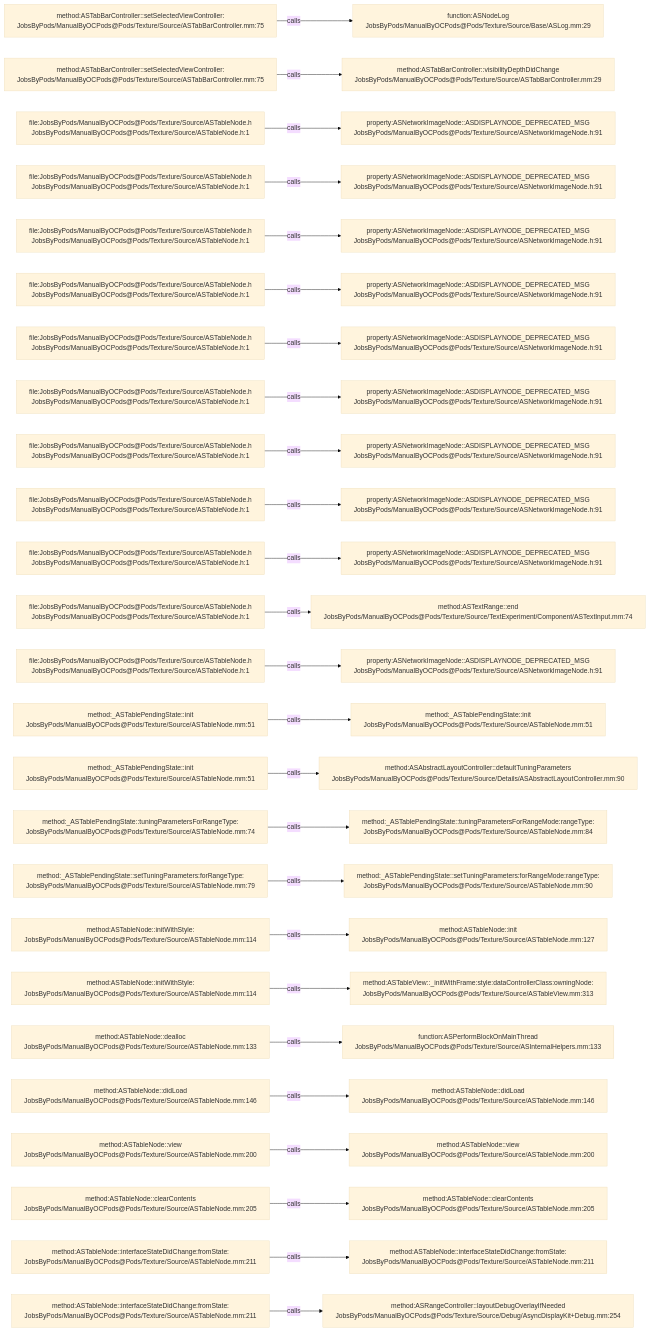
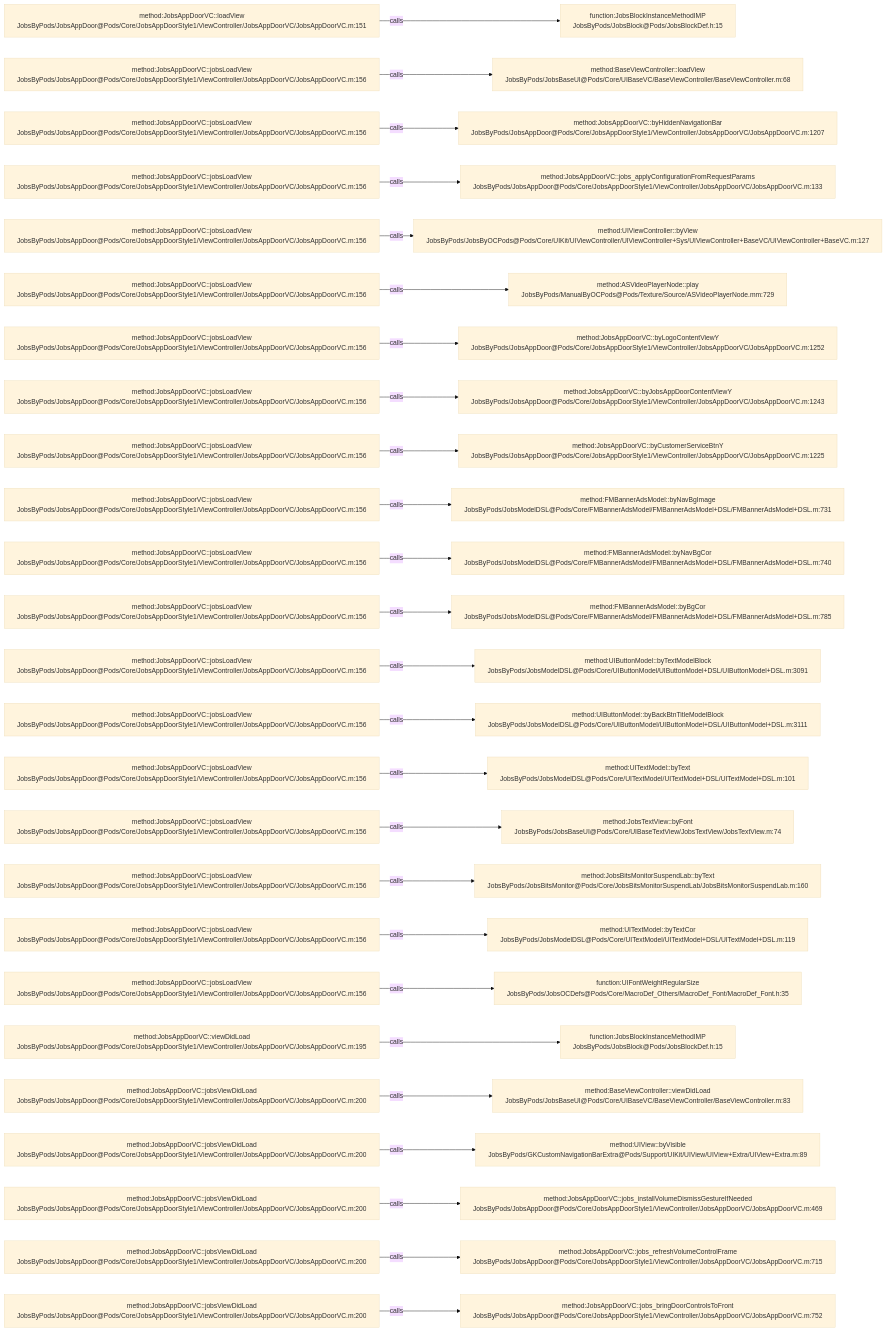
The diagram in .codegraph/codegraph.md/graphs/calls-107.md (JobsKits/JobsOCBaseConfigDemo), drawn with Mermaid (base theme) before and after one commit. The commit also changed 768 other files, not shown here.

````diff
--- a/.codegraph/codegraph.md/graphs/calls-107.md
+++ b/.codegraph/codegraph.md/graphs/calls-107.md
@@ -13,78 +13,78 @@
 ```mermaid
 flowchart LR
-  S1["method:ASTabBarController::setSelectedViewController:<br/>JobsByPods/ManualByOCPods@Pods/Texture/Source/ASTabBarController.mm:75"]
-  T1["function:ASNodeLog<br/>JobsByPods/ManualByOCPods@Pods/Texture/Source/Base/ASLog.mm:29"]
+  S1["method:JobsAppDoorVC::loadView<br/>JobsByPods/JobsAppDoor@Pods/Core/JobsAppDoorStyle1/ViewController/JobsAppDoorVC/JobsAppDoorVC.m:151"]
+  T1["function:JobsBlockInstanceMethodIMP<br/>JobsByPods/JobsBlock@Pods/JobsBlockDef.h:15"]
   S1 -->|calls| T1
-  S2["method:ASTabBarController::setSelectedViewController:<br/>JobsByPods/ManualByOCPods@Pods/Texture/Source/ASTabBarController.mm:75"]
-  T2["method:ASTabBarController::visibilityDepthDidChange<br/>JobsByPods/ManualByOCPods@Pods/Texture/Source/ASTabBarController.mm:29"]
+  S2["method:JobsAppDoorVC::jobsLoadView<br/>JobsByPods/JobsAppDoor@Pods/Core/JobsAppDoorStyle1/ViewController/JobsAppDoorVC/JobsAppDoorVC.m:156"]
+  T2["method:BaseViewController::loadView<br/>JobsByPods/JobsBaseUI@Pods/Core/UIBaseVC/BaseViewController/BaseViewController.m:68"]
   S2 -->|calls| T2
-  S3["file:JobsByPods/ManualByOCPods@Pods/Texture/Source/ASTableNode.h<br/>JobsByPods/ManualByOCPods@Pods/Texture/Source/ASTableNode.h:1"]
-  T3["property:ASNetworkImageNode::ASDISPLAYNODE_DEPRECATED_MSG<br/>JobsByPods/ManualByOCPods@Pods/Texture/Source/ASNetworkImageNode.h:91"]
+  S3["method:JobsAppDoorVC::jobsLoadView<br/>JobsByPods/JobsAppDoor@Pods/Core/JobsAppDoorStyle1/ViewController/JobsAppDoorVC/JobsAppDoorVC.m:156"]
+  T3["method:JobsAppDoorVC::byHiddenNavigationBar<br/>JobsByPods/JobsAppDoor@Pods/Core/JobsAppDoorStyle1/ViewController/JobsAppDoorVC/JobsAppDoorVC.m:1207"]
   S3 -->|calls| T3
-  S4["file:JobsByPods/ManualByOCPods@Pods/Texture/Source/ASTableNode.h<br/>JobsByPods/ManualByOCPods@Pods/Texture/Source/ASTableNode.h:1"]
-  T4["property:ASNetworkImageNode::ASDISPLAYNODE_DEPRECATED_MSG<br/>JobsByPods/ManualByOCPods@Pods/Texture/Source/ASNetworkImageNode.h:91"]
+  S4["method:JobsAppDoorVC::jobsLoadView<br/>JobsByPods/JobsAppDoor@Pods/Core/JobsAppDoorStyle1/ViewController/JobsAppDoorVC/JobsAppDoorVC.m:156"]
+  T4["method:JobsAppDoorVC::jobs_applyConfigurationFromRequestParams<br/>JobsByPods/JobsAppDoor@Pods/Core/JobsAppDoorStyle1/ViewController/JobsAppDoorVC/JobsAppDoorVC.m:133"]
   S4 -->|calls| T4
-  S5["file:JobsByPods/ManualByOCPods@Pods/Texture/Source/ASTableNode.h<br/>JobsByPods/ManualByOCPods@Pods/Texture/Source/ASTableNode.h:1"]
-  T5["property:ASNetworkImageNode::ASDISPLAYNODE_DEPRECATED_MSG<br/>JobsByPods/ManualByOCPods@Pods/Texture/Source/ASNetworkImageNode.h:91"]
+  S5["method:JobsAppDoorVC::jobsLoadView<br/>JobsByPods/JobsAppDoor@Pods/Core/JobsAppDoorStyle1/ViewController/JobsAppDoorVC/JobsAppDoorVC.m:156"]
+  T5["method:UIViewController::byView<br/>JobsByPods/JobsByOCPods@Pods/Core/UIKit/UIViewController/UIViewController+Sys/UIViewController+BaseVC/UIViewController+BaseVC.m:127"]
   S5 -->|calls| T5
-  S6["file:JobsByPods/ManualByOCPods@Pods/Texture/Source/ASTableNode.h<br/>JobsByPods/ManualByOCPods@Pods/Texture/Source/ASTableNode.h:1"]
-  T6["property:ASNetworkImageNode::ASDISPLAYNODE_DEPRECATED_MSG<br/>JobsByPods/ManualByOCPods@Pods/Texture/Source/ASNetworkImageNode.h:91"]
+  S6["method:JobsAppDoorVC::jobsLoadView<br/>JobsByPods/JobsAppDoor@Pods/Core/JobsAppDoorStyle1/ViewController/JobsAppDoorVC/JobsAppDoorVC.m:156"]
+  T6["method:ASVideoPlayerNode::play<br/>JobsByPods/ManualByOCPods@Pods/Texture/Source/ASVideoPlayerNode.mm:729"]
   S6 -->|calls| T6
-  S7["file:JobsByPods/ManualByOCPods@Pods/Texture/Source/ASTableNode.h<br/>JobsByPods/ManualByOCPods@Pods/Texture/Source/ASTableNode.h:1"]
-  T7["property:ASNetworkImageNode::ASDISPLAYNODE_DEPRECATED_MSG<br/>JobsByPods/ManualByOCPods@Pods/Texture/Source/ASNetworkImageNode.h:91"]
+  S7["method:JobsAppDoorVC::jobsLoadView<br/>JobsByPods/JobsAppDoor@Pods/Core/JobsAppDoorStyle1/ViewController/JobsAppDoorVC/JobsAppDoorVC.m:156"]
+  T7["method:JobsAppDoorVC::byLogoContentViewY<br/>JobsByPods/JobsAppDoor@Pods/Core/JobsAppDoorStyle1/ViewController/JobsAppDoorVC/JobsAppDoorVC.m:1252"]
   S7 -->|calls| T7
-  S8["file:JobsByPods/ManualByOCPods@Pods/Texture/Source/ASTableNode.h<br/>JobsByPods/ManualByOCPods@Pods/Texture/Source/ASTableNode.h:1"]
-  T8["property:ASNetworkImageNode::ASDISPLAYNODE_DEPRECATED_MSG<br/>JobsByPods/ManualByOCPods@Pods/Texture/Source/ASNetworkImageNode.h:91"]
+  S8["method:JobsAppDoorVC::jobsLoadView<br/>JobsByPods/JobsAppDoor@Pods/Core/JobsAppDoorStyle1/ViewController/JobsAppDoorVC/JobsAppDoorVC.m:156"]
+  T8["method:JobsAppDoorVC::byJobsAppDoorContentViewY<br/>JobsByPods/JobsAppDoor@Pods/Core/JobsAppDoorStyle1/ViewController/JobsAppDoorVC/JobsAppDoorVC.m:1243"]
   S8 -->|calls| T8
-  S9["file:JobsByPods/ManualByOCPods@Pods/Texture/Source/ASTableNode.h<br/>JobsByPods/ManualByOCPods@Pods/Texture/Source/ASTableNode.h:1"]
-  T9["property:ASNetworkImageNode::ASDISPLAYNODE_DEPRECATED_MSG<br/>JobsByPods/ManualByOCPods@Pods/Texture/Source/ASNetworkImageNode.h:91"]
+  S9["method:JobsAppDoorVC::jobsLoadView<br/>JobsByPods/JobsAppDoor@Pods/Core/JobsAppDoorStyle1/ViewController/JobsAppDoorVC/JobsAppDoorVC.m:156"]
+  T9["method:JobsAppDoorVC::byCustomerServiceBtnY<br/>JobsByPods/JobsAppDoor@Pods/Core/JobsAppDoorStyle1/ViewController/JobsAppDoorVC/JobsAppDoorVC.m:1225"]
   S9 -->|calls| T9
-  S10["file:JobsByPods/ManualByOCPods@Pods/Texture/Source/ASTableNode.h<br/>JobsByPods/ManualByOCPods@Pods/Texture/Source/ASTableNode.h:1"]
-  T10["property:ASNetworkImageNode::ASDISPLAYNODE_DEPRECATED_MSG<br/>JobsByPods/ManualByOCPods@Pods/Texture/Source/ASNetworkImageNode.h:91"]
+  S10["method:JobsAppDoorVC::jobsLoadView<br/>JobsByPods/JobsAppDoor@Pods/Core/JobsAppDoorStyle1/ViewController/JobsAppDoorVC/JobsAppDoorVC.m:156"]
+  T10["method:FMBannerAdsModel::byNavBgImage<br/>JobsByPods/JobsModelDSL@Pods/Core/FMBannerAdsModel/FMBannerAdsModel+DSL/FMBannerAdsModel+DSL.m:731"]
   S10 -->|calls| T10
-  S11["file:JobsByPods/ManualByOCPods@Pods/Texture/Source/ASTableNode.h<br/>JobsByPods/ManualByOCPods@Pods/Texture/Source/ASTableNode.h:1"]
-  T11["property:ASNetworkImageNode::ASDISPLAYNODE_DEPRECATED_MSG<br/>JobsByPods/ManualByOCPods@Pods/Texture/Source/ASNetworkImageNode.h:91"]
+  S11["method:JobsAppDoorVC::jobsLoadView<br/>JobsByPods/JobsAppDoor@Pods/Core/JobsAppDoorStyle1/ViewController/JobsAppDoorVC/JobsAppDoorVC.m:156"]
+  T11["method:FMBannerAdsModel::byNavBgCor<br/>JobsByPods/JobsModelDSL@Pods/Core/FMBannerAdsModel/FMBannerAdsModel+DSL/FMBannerAdsModel+DSL.m:740"]
   S11 -->|calls| T11
-  S12["file:JobsByPods/ManualByOCPods@Pods/Texture/Source/ASTableNode.h<br/>JobsByPods/ManualByOCPods@Pods/Texture/Source/ASTableNode.h:1"]
-  T12["method:ASTextRange::end<br/>JobsByPods/ManualByOCPods@Pods/Texture/Source/TextExperiment/Component/ASTextInput.mm:74"]
+  S12["method:JobsAppDoorVC::jobsLoadView<br/>JobsByPods/JobsAppDoor@Pods/Core/JobsAppDoorStyle1/ViewController/JobsAppDoorVC/JobsAppDoorVC.m:156"]
+  T12["method:FMBannerAdsModel::byBgCor<br/>JobsByPods/JobsModelDSL@Pods/Core/FMBannerAdsModel/FMBannerAdsModel+DSL/FMBannerAdsModel+DSL.m:785"]
   S12 -->|calls| T12
-  S13["file:JobsByPods/ManualByOCPods@Pods/Texture/Source/ASTableNode.h<br/>JobsByPods/ManualByOCPods@Pods/Texture/Source/ASTableNode.h:1"]
-  T13["property:ASNetworkImageNode::ASDISPLAYNODE_DEPRECATED_MSG<br/>JobsByPods/ManualByOCPods@Pods/Texture/Source/ASNetworkImageNode.h:91"]
+  S13["method:JobsAppDoorVC::jobsLoadView<br/>JobsByPods/JobsAppDoor@Pods/Core/JobsAppDoorStyle1/ViewController/JobsAppDoorVC/JobsAppDoorVC.m:156"]
+  T13["method:UIButtonModel::byTextModelBlock<br/>JobsByPods/JobsModelDSL@Pods/Core/UIButtonModel/UIButtonModel+DSL/UIButtonModel+DSL.m:3091"]
   S13 -->|calls| T13
-  S14["method:_ASTablePendingState::init<br/>JobsByPods/ManualByOCPods@Pods/Texture/Source/ASTableNode.mm:51"]
-  T14["method:_ASTablePendingState::init<br/>JobsByPods/ManualByOCPods@Pods/Texture/Source/ASTableNode.mm:51"]
+  S14["method:JobsAppDoorVC::jobsLoadView<br/>JobsByPods/JobsAppDoor@Pods/Core/JobsAppDoorStyle1/ViewController/JobsAppDoorVC/JobsAppDoorVC.m:156"]
+  T14["method:UIButtonModel::byBackBtnTitleModelBlock<br/>JobsByPods/JobsModelDSL@Pods/Core/UIButtonModel/UIButtonModel+DSL/UIButtonModel+DSL.m:3111"]
   S14 -->|calls| T14
-  S15["method:_ASTablePendingState::init<br/>JobsByPods/ManualByOCPods@Pods/Texture/Source/ASTableNode.mm:51"]
-  T15["method:ASAbstractLayoutController::defaultTuningParameters<br/>JobsByPods/ManualByOCPods@Pods/Texture/Source/Details/ASAbstractLayoutController.mm:90"]
+  S15["method:JobsAppDoorVC::jobsLoadView<br/>JobsByPods/JobsAppDoor@Pods/Core/JobsAppDoorStyle1/ViewController/JobsAppDoorVC/JobsAppDoorVC.m:156"]
+  T15["method:UITextModel::byText<br/>JobsByPods/JobsModelDSL@Pods/Core/UITextModel/UITextModel+DSL/UITextModel+DSL.m:101"]
   S15 -->|calls| T15
-  S16["method:_ASTablePendingState::tuningParametersForRangeType:<br/>JobsByPods/ManualByOCPods@Pods/Texture/Source/ASTableNode.mm:74"]
-  T16["method:_ASTablePendingState::tuningParametersForRangeMode:rangeType:<br/>JobsByPods/ManualByOCPods@Pods/Texture/Source/ASTableNode.mm:84"]
+  S16["method:JobsAppDoorVC::jobsLoadView<br/>JobsByPods/JobsAppDoor@Pods/Core/JobsAppDoorStyle1/ViewController/JobsAppDoorVC/JobsAppDoorVC.m:156"]
+  T16["method:JobsTextView::byFont<br/>JobsByPods/JobsBaseUI@Pods/Core/UIBaseTextView/JobsTextView/JobsTextView.m:74"]
   S16 -->|calls| T16
-  S17["method:_ASTablePendingState::setTuningParameters:forRangeType:<br/>JobsByPods/ManualByOCPods@Pods/Texture/Source/ASTableNode.mm:79"]
-  T17["method:_ASTablePendingState::setTuningParameters:forRangeMode:rangeType:<br/>JobsByPods/ManualByOCPods@Pods/Texture/Source/ASTableNode.mm:90"]
+  S17["method:JobsAppDoorVC::jobsLoadView<br/>JobsByPods/JobsAppDoor@Pods/Core/JobsAppDoorStyle1/ViewController/JobsAppDoorVC/JobsAppDoorVC.m:156"]
+  T17["method:JobsBitsMonitorSuspendLab::byText<br/>JobsByPods/JobsBitsMonitor@Pods/Core/JobsBitsMonitorSuspendLab/JobsBitsMonitorSuspendLab.m:160"]
   S17 -->|calls| T17
-  S18["method:ASTableNode::initWithStyle:<br/>JobsByPods/ManualByOCPods@Pods/Texture/Source/ASTableNode.mm:114"]
-  T18["method:ASTableNode::init<br/>JobsByPods/ManualByOCPods@Pods/Texture/Source/ASTableNode.mm:127"]
+  S18["method:JobsAppDoorVC::jobsLoadView<br/>JobsByPods/JobsAppDoor@Pods/Core/JobsAppDoorStyle1/ViewController/JobsAppDoorVC/JobsAppDoorVC.m:156"]
+  T18["method:UITextModel::byTextCor<br/>JobsByPods/JobsModelDSL@Pods/Core/UITextModel/UITextModel+DSL/UITextModel+DSL.m:119"]
   S18 -->|calls| T18
-  S19["method:ASTableNode::initWithStyle:<br/>JobsByPods/ManualByOCPods@Pods/Texture/Source/ASTableNode.mm:114"]
-  T19["method:ASTableView::_initWithFrame:style:dataControllerClass:owningNode:<br/>JobsByPods/ManualByOCPods@Pods/Texture/Source/ASTableView.mm:313"]
+  S19["method:JobsAppDoorVC::jobsLoadView<br/>JobsByPods/JobsAppDoor@Pods/Core/JobsAppDoorStyle1/ViewController/JobsAppDoorVC/JobsAppDoorVC.m:156"]
+  T19["function:UIFontWeightRegularSize<br/>JobsByPods/JobsOCDefs@Pods/Core/MacroDef_Others/MacroDef_Font/MacroDef_Font.h:35"]
   S19 -->|calls| T19
-  S20["method:ASTableNode::dealloc<br/>JobsByPods/ManualByOCPods@Pods/Texture/Source/ASTableNode.mm:133"]
-  T20["function:ASPerformBlockOnMainThread<br/>JobsByPods/ManualByOCPods@Pods/Texture/Source/ASInternalHelpers.mm:133"]
+  S20["method:JobsAppDoorVC::viewDidLoad<br/>JobsByPods/JobsAppDoor@Pods/Core/JobsAppDoorStyle1/ViewController/JobsAppDoorVC/JobsAppDoorVC.m:195"]
+  T20["function:JobsBlockInstanceMethodIMP<br/>JobsByPods/JobsBlock@Pods/JobsBlockDef.h:15"]
   S20 -->|calls| T20
-  S21["method:ASTableNode::didLoad<br/>JobsByPods/ManualByOCPods@Pods/Texture/Source/ASTableNode.mm:146"]
-  T21["method:ASTableNode::didLoad<br/>JobsByPods/ManualByOCPods@Pods/Texture/Source/ASTableNode.mm:146"]
+  S21["method:JobsAppDoorVC::jobsViewDidLoad<br/>JobsByPods/JobsAppDoor@Pods/Core/JobsAppDoorStyle1/ViewController/JobsAppDoorVC/JobsAppDoorVC.m:200"]
+  T21["method:BaseViewController::viewDidLoad<br/>JobsByPods/JobsBaseUI@Pods/Core/UIBaseVC/BaseViewController/BaseViewController.m:83"]
   S21 -->|calls| T21
-  S22["method:ASTableNode::view<br/>JobsByPods/ManualByOCPods@Pods/Texture/Source/ASTableNode.mm:200"]
-  T22["method:ASTableNode::view<br/>JobsByPods/ManualByOCPods@Pods/Texture/Source/ASTableNode.mm:200"]
+  S22["method:JobsAppDoorVC::jobsViewDidLoad<br/>JobsByPods/JobsAppDoor@Pods/Core/JobsAppDoorStyle1/ViewController/JobsAppDoorVC/JobsAppDoorVC.m:200"]
+  T22["method:UIView::byVisible<br/>JobsByPods/GKCustomNavigationBarExtra@Pods/Support/UIKit/UIView/UIView+Extra/UIView+Extra.m:89"]
   S22 -->|calls| T22
-  S23["method:ASTableNode::clearContents<br/>JobsByPods/ManualByOCPods@Pods/Texture/Source/ASTableNode.mm:205"]
-  T23["method:ASTableNode::clearContents<br/>JobsByPods/ManualByOCPods@Pods/Texture/Source/ASTableNode.mm:205"]
+  S23["method:JobsAppDoorVC::jobsViewDidLoad<br/>JobsByPods/JobsAppDoor@Pods/Core/JobsAppDoorStyle1/ViewController/JobsAppDoorVC/JobsAppDoorVC.m:200"]
+  T23["method:JobsAppDoorVC::jobs_installVolumeDismissGestureIfNeeded<br/>JobsByPods/JobsAppDoor@Pods/Core/JobsAppDoorStyle1/ViewController/JobsAppDoorVC/JobsAppDoorVC.m:469"]
   S23 -->|calls| T23
-  S24["method:ASTableNode::interfaceStateDidChange:fromState:<br/>JobsByPods/ManualByOCPods@Pods/Texture/Source/ASTableNode.mm:211"]
-  T24["method:ASTableNode::interfaceStateDidChange:fromState:<br/>JobsByPods/ManualByOCPods@Pods/Texture/Source/ASTableNode.mm:211"]
+  S24["method:JobsAppDoorVC::jobsViewDidLoad<br/>JobsByPods/JobsAppDoor@Pods/Core/JobsAppDoorStyle1/ViewController/JobsAppDoorVC/JobsAppDoorVC.m:200"]
+  T24["method:JobsAppDoorVC::jobs_refreshVolumeControlFrame<br/>JobsByPods/JobsAppDoor@Pods/Core/JobsAppDoorStyle1/ViewController/JobsAppDoorVC/JobsAppDoorVC.m:715"]
   S24 -->|calls| T24
-  S25["method:ASTableNode::interfaceStateDidChange:fromState:<br/>JobsByPods/ManualByOCPods@Pods/Texture/Source/ASTableNode.mm:211"]
-  T25["method:ASRangeController::layoutDebugOverlayIfNeeded<br/>JobsByPods/ManualByOCPods@Pods/Texture/Source/Debug/AsyncDisplayKit+Debug.mm:254"]
+  S25["method:JobsAppDoorVC::jobsViewDidLoad<br/>JobsByPods/JobsAppDoor@Pods/Core/JobsAppDoorStyle1/ViewController/JobsAppDoorVC/JobsAppDoorVC.m:200"]
+  T25["method:JobsAppDoorVC::jobs_bringDoorControlsToFront<br/>JobsByPods/JobsAppDoor@Pods/Core/JobsAppDoorStyle1/ViewController/JobsAppDoorVC/JobsAppDoorVC.m:752"]
   S25 -->|calls| T25
 ```
````
